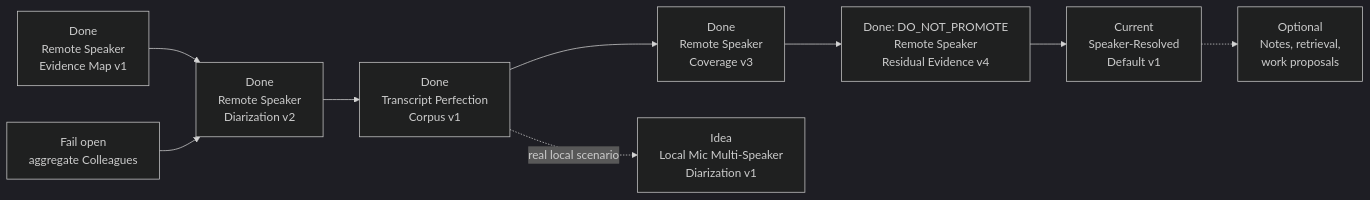
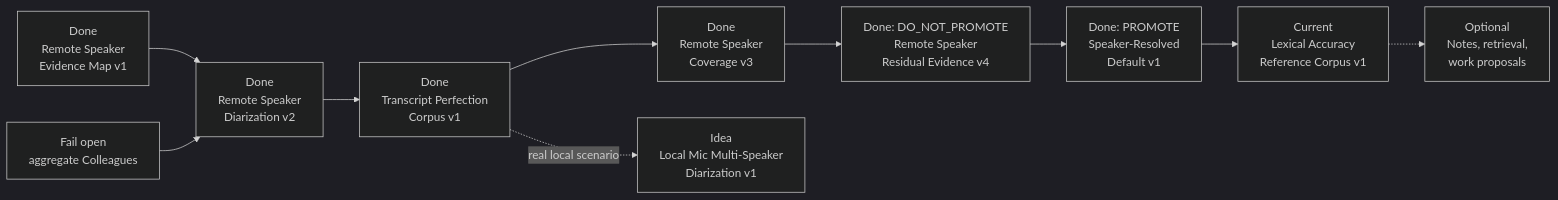
The second of 2 diagrams in docs/roadmap/murmurmark-cli-roadmap.md (asukhodko/murmurmark), drawn with Mermaid (dark theme) before and after one commit. The commit also changed other lines of this file and 36 other files, not shown here.

Commit message:
feat: default to speaker-resolved transcripts

````diff
--- a/docs/roadmap/murmurmark-cli-roadmap.md
+++ b/docs/roadmap/murmurmark-cli-roadmap.md
@@ -80,17 +81,18 @@
 ```mermaid
 flowchart LR
     B["Done<br/>Remote Speaker<br/>Evidence Map v1"]
     D["Done<br/>Remote Speaker<br/>Diarization v2"]
     F["Fail open<br/>aggregate Colleagues"]
     P["Done<br/>Transcript Perfection<br/>Corpus v1"]
     R["Done<br/>Remote Speaker<br/>Coverage v3"]
     V["Done: DO_NOT_PROMOTE<br/>Remote Speaker<br/>Residual Evidence v4"]
-    H["Current<br/>Speaker-Resolved<br/>Default v1"]
+    H["Done: PROMOTE<br/>Speaker-Resolved<br/>Default v1"]
+    L["Current<br/>Lexical Accuracy<br/>Reference Corpus v1"]
     M["Idea<br/>Local Mic Multi-Speaker<br/>Diarization v1"]
     O["Optional<br/>Notes, retrieval,<br/>work proposals"]
 
-    B --> D --> P --> R --> V --> H
+    B --> D --> P --> R --> V --> H --> L
     F --> D
     P -. "real local scenario" .-> M
-    H -.-> O
+    L -.-> O
 ```
````
